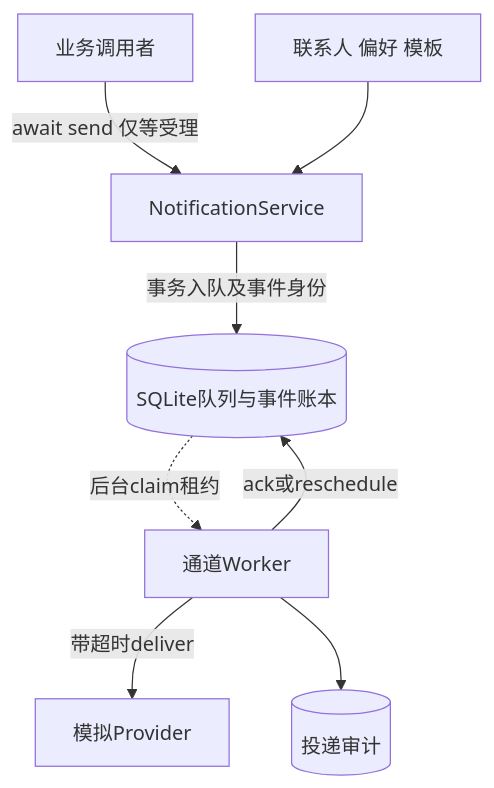
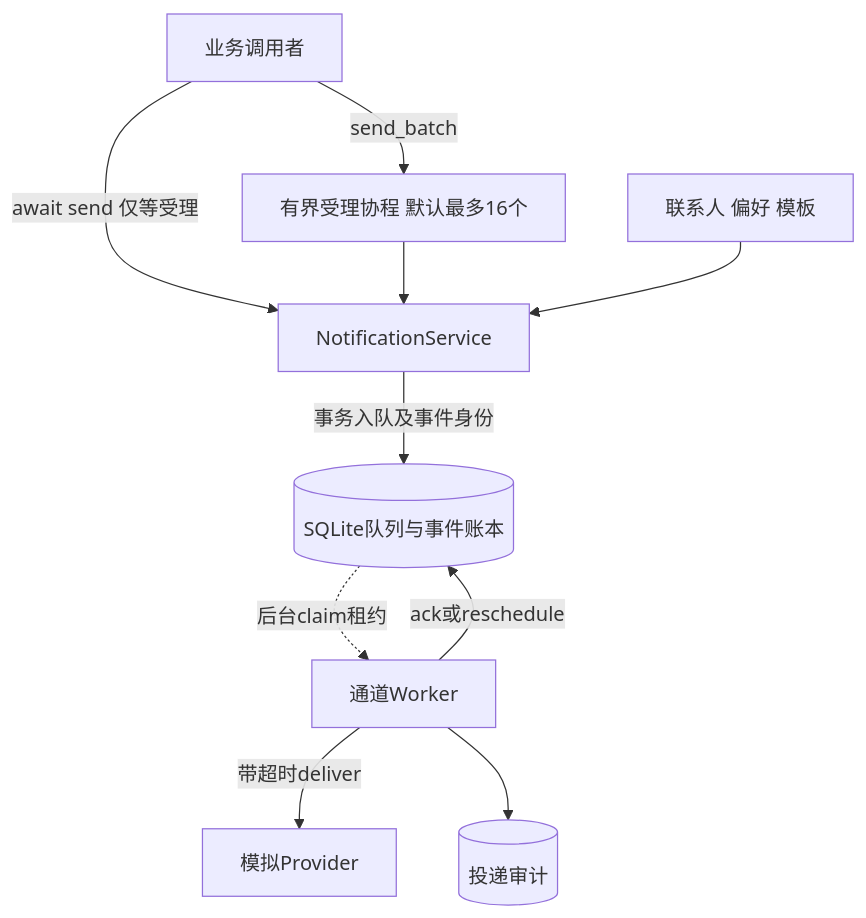
Before and after one commit to attackoncs/system-design-impl: the first of 2 diagrams in tools/learning_guides/notification-system.md, drawn with Mermaid. The commit also changed other lines of this file and 12 other files, not shown here.

````diff
--- a/tools/learning_guides/notification-system.md
+++ b/tools/learning_guides/notification-system.md
@@ -11,10 +11,12 @@
 ```mermaid
 flowchart TB
   B[业务调用者] -->|await send 仅等受理| S[NotificationService]
+  B -->|send_batch| A[有界受理协程 默认最多16个]
+  A --> S
   C[联系人 偏好 模板] --> S
   S -->|事务入队及事件身份| Q[(SQLite队列与事件账本)]
   Q -.->|后台claim租约| W[通道Worker]
   W -->|带超时deliver| P[模拟Provider]
   W -->|ack或reschedule| Q
   W --> L[(投递审计)]
 ```
````
